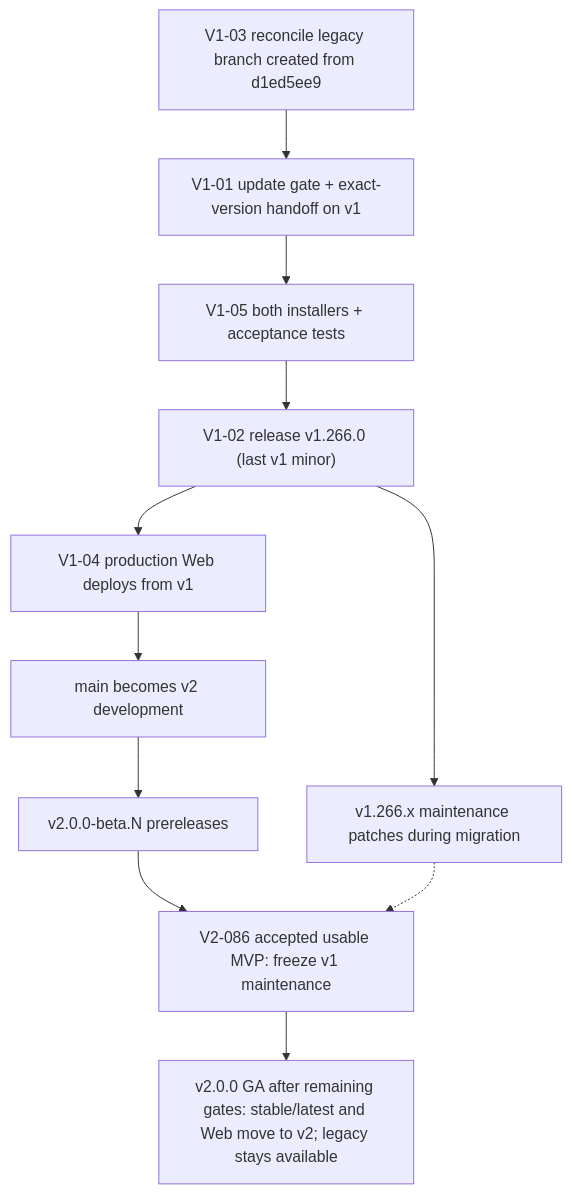
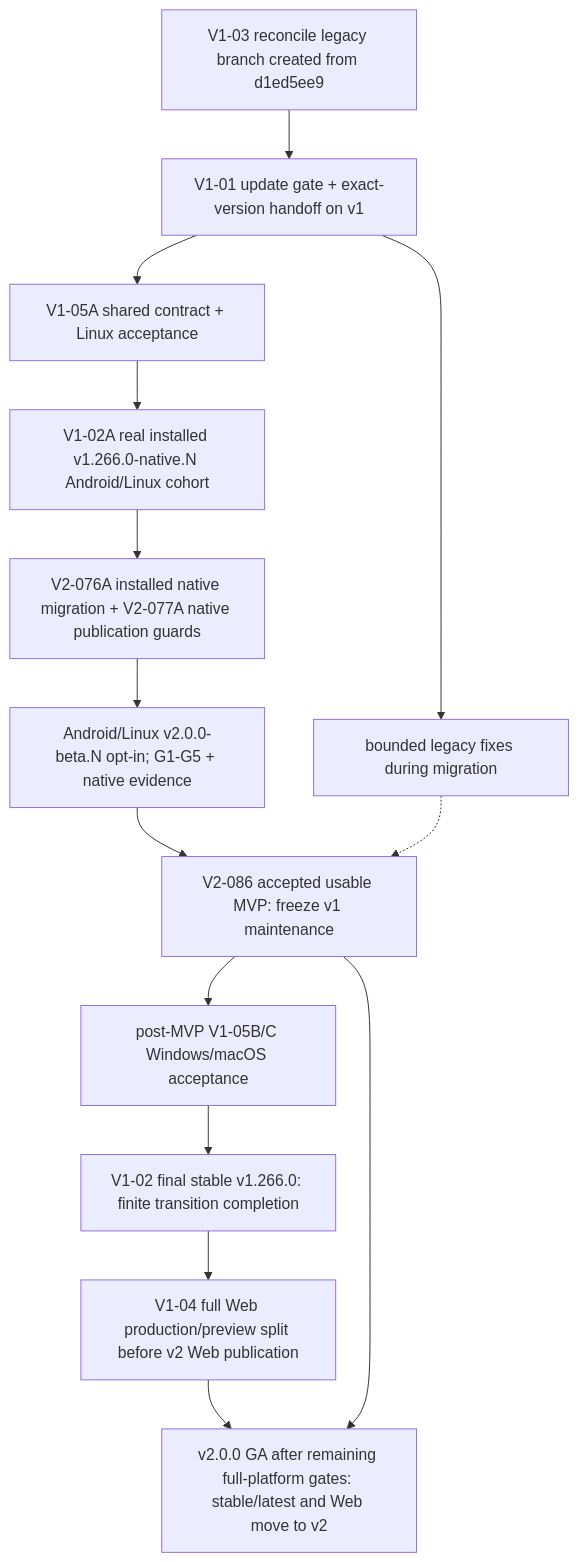
One commit to verseles/codewalk changed the third of 3 diagrams in v2-plan.md. Above: the diagram before and after it, drawn with Mermaid. The commit also changed other lines of this file and 506 other files, not shown here.

Commit message:
docs(v2): scope MVP to Android and Linux with split legacy transition

````diff
--- a/v2-plan.md
+++ b/v2-plan.md
@@ -1034,13 +1041,16 @@
 ```mermaid
 flowchart TD
   C["V1-03 reconcile legacy branch created from d1ed5ee9"] --> A["V1-01 update gate + exact-version handoff on v1"]
-  A --> I["V1-05 both installers + acceptance tests"]
-  I --> B["V1-02 release v1.266.0 (last v1 minor)"]
-  B --> D["V1-04 production Web deploys from v1"]
-  D --> E["main becomes v2 development"]
-  E --> F["v2.0.0-beta.N prereleases"]
-  B --> P["v1.266.x maintenance patches during migration"]
+  A --> I["V1-05A shared contract + Linux acceptance"]
+  I --> N["V1-02A real installed v1.266.0-native.N Android/Linux cohort"]
+  N --> U["V2-076A installed native migration + V2-077A native publication guards"]
+  U --> F["Android/Linux v2.0.0-beta.N opt-in; G1-G5 + native evidence"]
   F --> M["V2-086 accepted usable MVP: freeze v1 maintenance"]
+  A --> P["bounded legacy fixes during migration"]
   P -.-> M
-  M --> G["v2.0.0 GA after remaining gates: stable/latest and Web move to v2; legacy stays available"]
+  M --> W["post-MVP V1-05B/C Windows/macOS acceptance"]
+  W --> B["V1-02 final stable v1.266.0: finite transition completion"]
+  B --> D["V1-04 full Web production/preview split before v2 Web publication"]
+  D --> G["v2.0.0 GA after remaining full-platform gates: stable/latest and Web move to v2"]
+  M --> G
 ```
````
